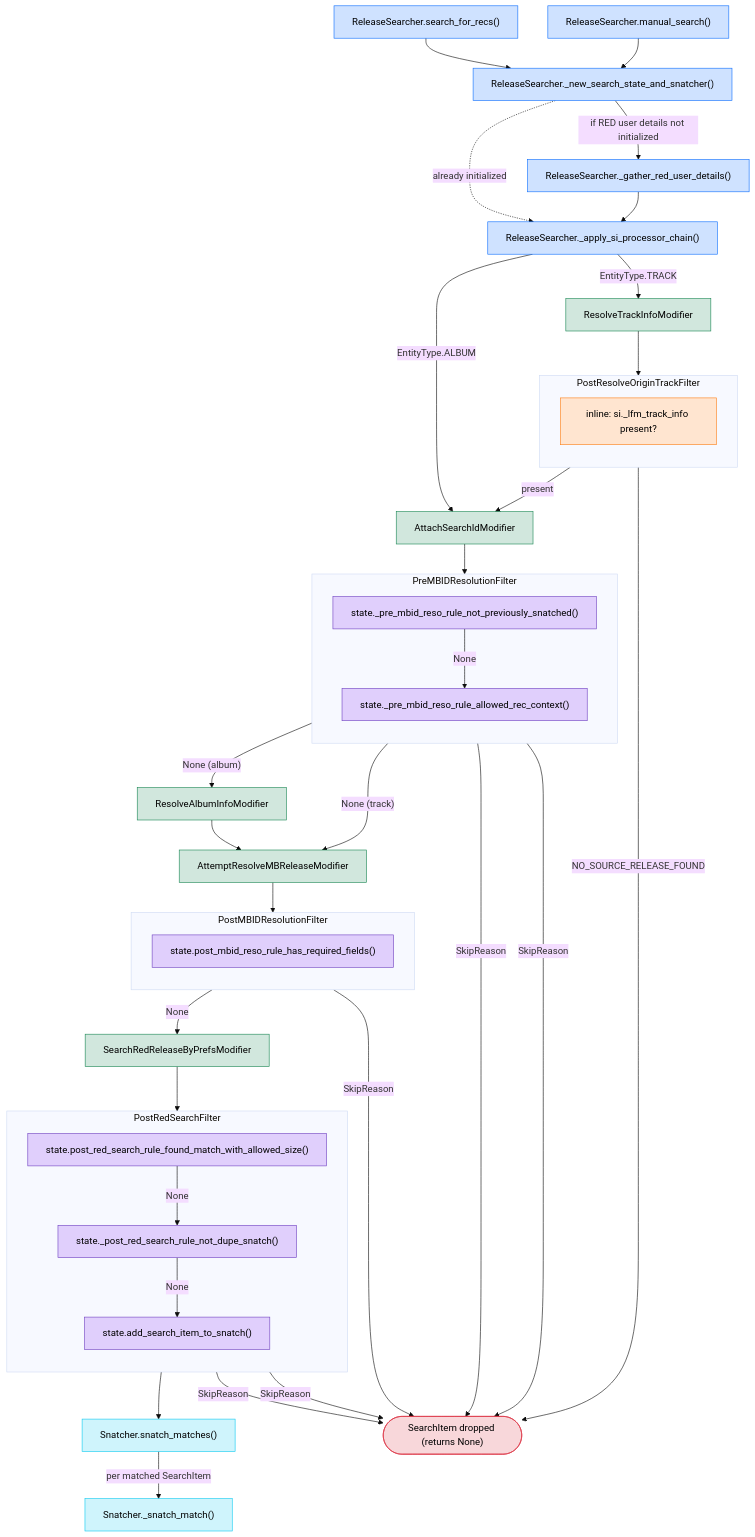
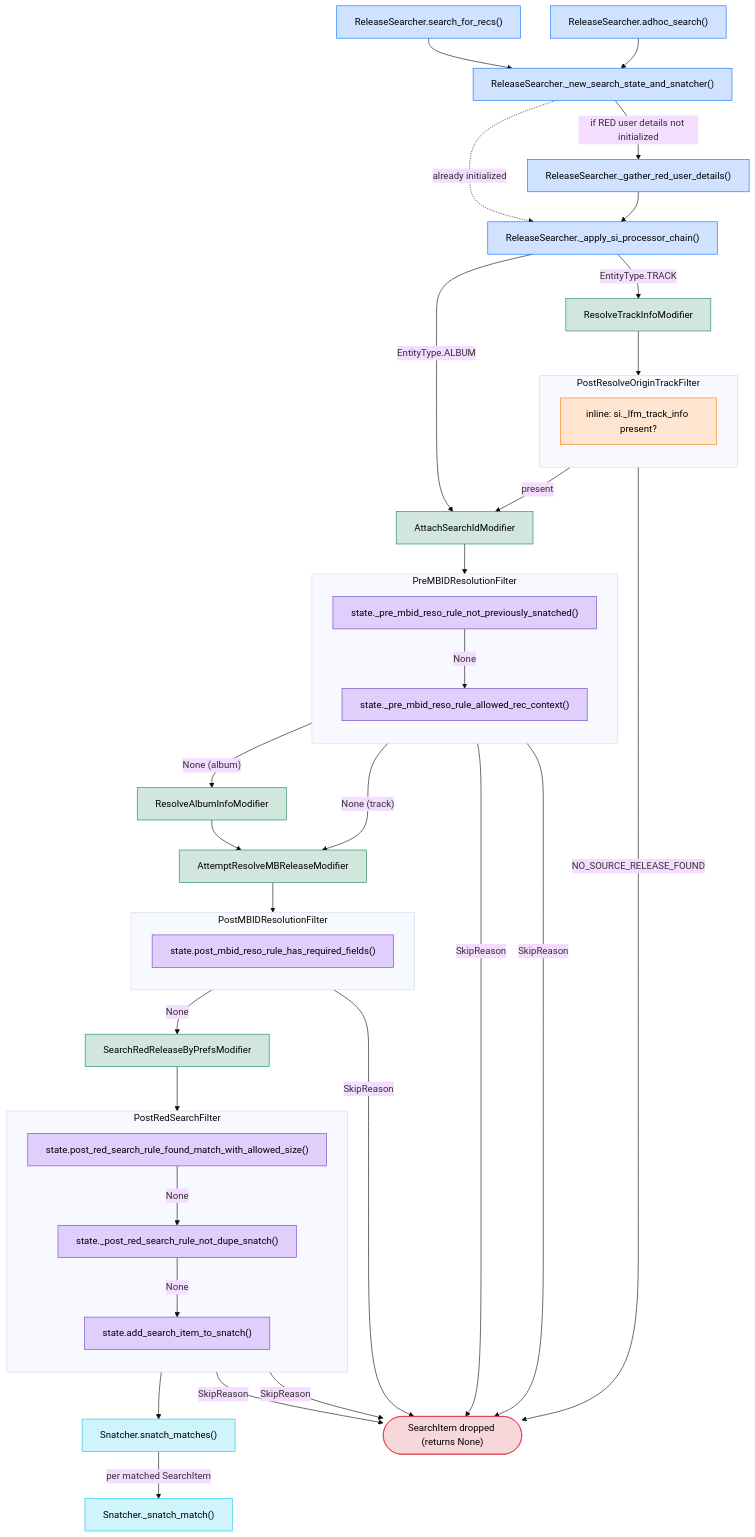
Before and after one commit to windexvalence/plastered: the second of 2 diagrams in plastered/release_search/search_process_overview.md, drawn with Mermaid (base theme). The commit also changed other lines of this file and 37 other files, not shown here.

First line of the commit message:
Add ad-hoc release search flow and generalize ReleaseSearcher

```diff
--- a/plastered/release_search/search_process_overview.md
+++ b/plastered/release_search/search_process_overview.md
@@ -102,7 +102,7 @@
 flowchart TD
     %% ── ReleaseSearcher orchestration ──
     SFR["ReleaseSearcher.search_for_recs()"]
-    MS["ReleaseSearcher.manual_search()"]
+    MS["ReleaseSearcher.adhoc_search()"]
     NEW_STATE["ReleaseSearcher._new_search_state_and_snatcher()"]
     GRUD["ReleaseSearcher._gather_red_user_details()"]
     APPLY["ReleaseSearcher._apply_si_processor_chain()"]
```
